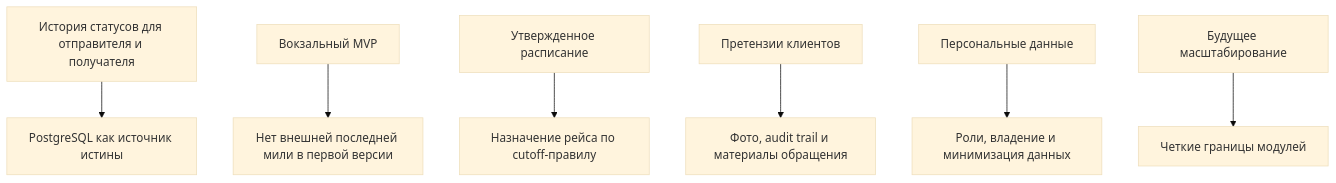
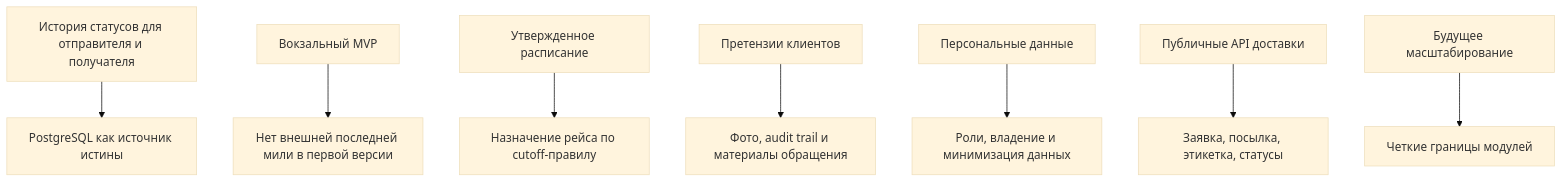
The diagram in 04-архитектурные-драйверы.md (W1zzK1/Plan-dissertation), drawn with Mermaid (base theme) before and after one commit. The commit also changed other lines of this file and 10 other files, not shown here.

````diff
--- a/04-архитектурные-драйверы.md
+++ b/04-архитектурные-драйверы.md
@@ -28,9 +29,10 @@
 ```mermaid
 flowchart TD
     Status[История статусов для отправителя и получателя] --> DB[PostgreSQL как источник истины]
     StationMVP[Вокзальный MVP] --> Boundaries[Нет внешней последней мили в первой версии]
     Schedule[Утвержденное расписание] --> Cutoff[Назначение рейса по cutoff-правилу]
     Claims[Претензии клиентов] --> Evidence[Фото, audit trail и материалы обращения]
     PersonalData[Персональные данные] --> Access[Роли, владение и минимизация данных]
+    MarketDocs[Публичные API доставки] --> ParcelModel[Заявка, посылка, этикетка, статусы]
     Growth[Будущее масштабирование] --> Modules[Четкие границы модулей]
 ```
````
